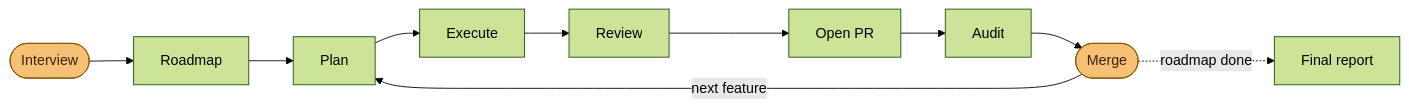
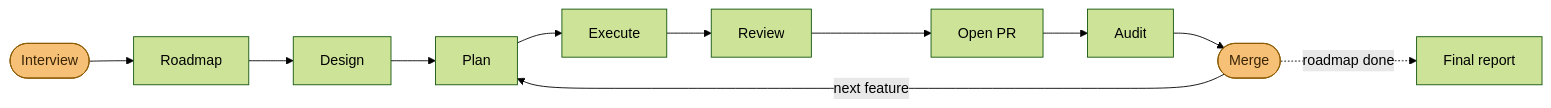
The diagram in README.md (gtrabanco/agentic-workflow), drawn with Mermaid (forest theme) before and after one commit. The commit also changed other lines of this file and 7 other files, not shown here.

````diff
--- a/README.md
+++ b/README.md
@@ -161,8 +161,8 @@
 ```mermaid
 flowchart LR
-    I([Interview]):::you --> RM[Roadmap] --> P[Plan]
+    I([Interview]):::you --> RM[Roadmap] --> D[Design] --> P[Plan]
     P --> X[Execute] --> RV[Review] --> PR[Open PR] --> A[Audit] --> M([Merge]):::you
     M -->|next feature| P
     M -.->|roadmap done| REP[Final report]
     classDef you fill:#f6c177,stroke:#8a5a00,color:#3a2406;
 ```
````
